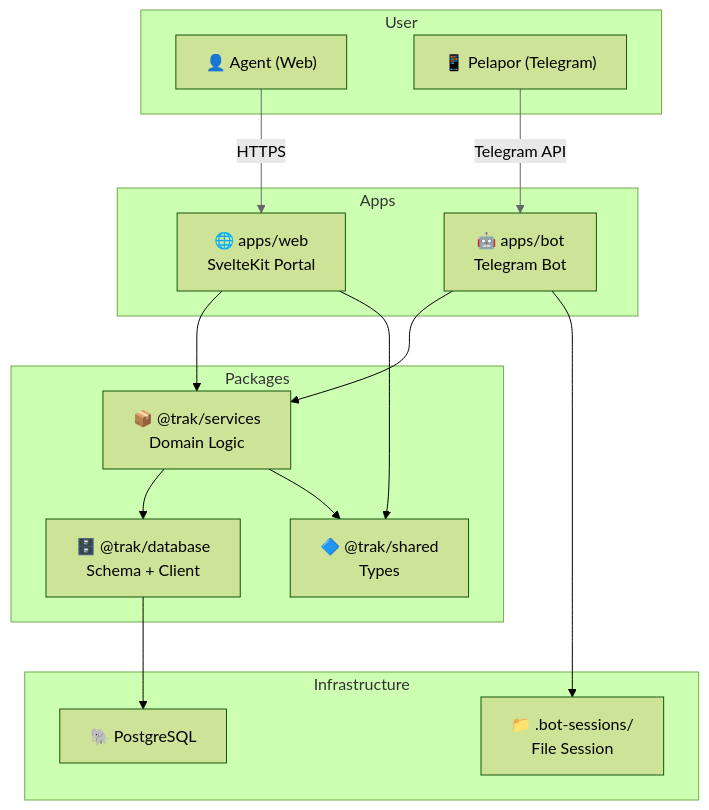
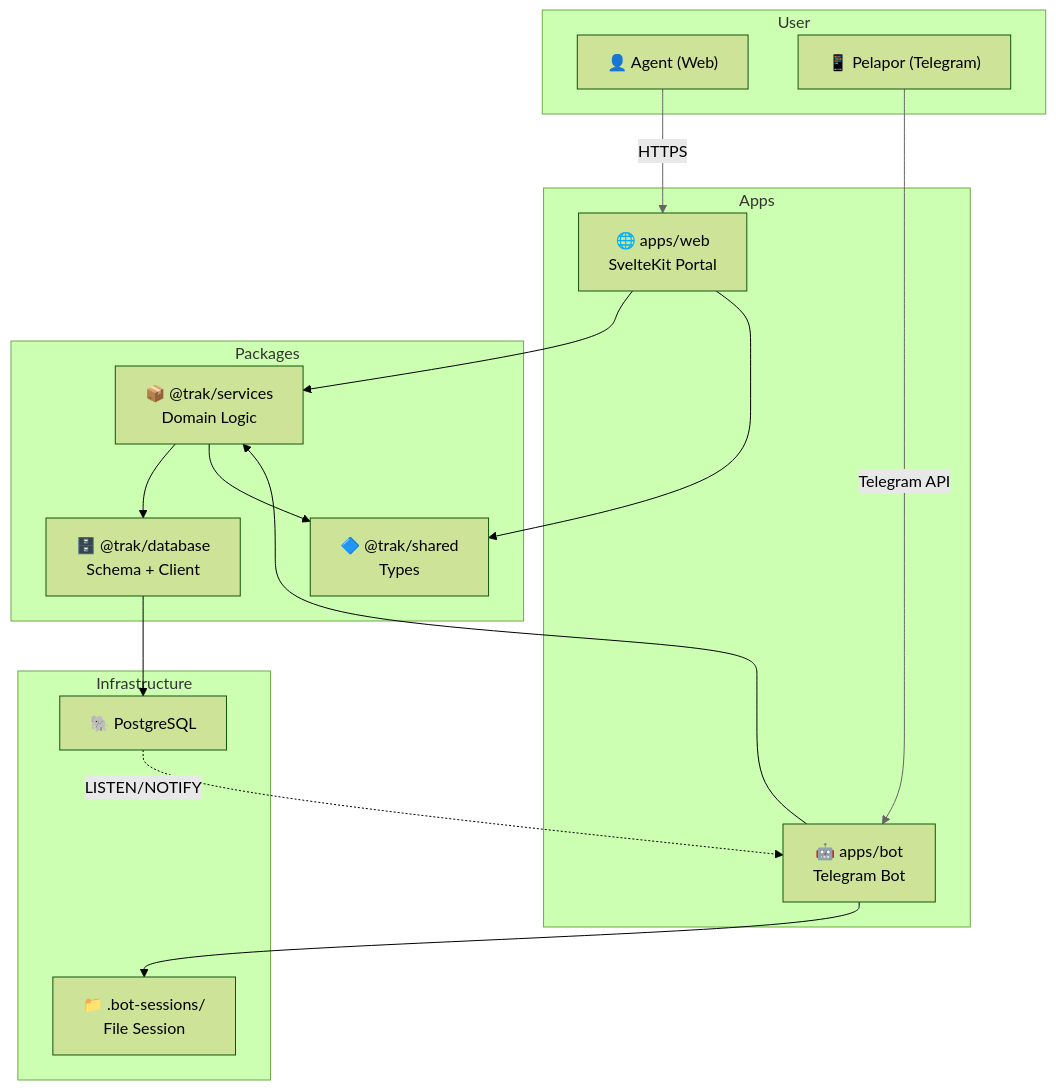
The first of 2 diagrams in README.md (masmuss/trak), drawn with Mermaid (forest theme) before and after one commit. The commit also changed other lines of this file, not shown here.

Commit message:
docs: update sequence diagram for event-driven notifications (LISTEN/NOTIFY)

````diff
--- a/README.md
+++ b/README.md
@@ -17,37 +17,39 @@
 ```mermaid
 graph TB
   subgraph User
     A["👤 Agent (Web)"]
     B["📱 Pelapor (Telegram)"]
   end
 
   subgraph Apps
     C["🌐 apps/web<br/>SvelteKit Portal"]
     D["🤖 apps/bot<br/>Telegram Bot"]
   end
 
   subgraph Packages
     E["📦 @trak/services<br/>Domain Logic"]
     F["🗄️ @trak/database<br/>Schema + Client"]
     G["🔷 @trak/shared<br/>Types"]
   end
 
   subgraph Infrastructure
     H["🐘 PostgreSQL"]
     I["📁 .bot-sessions/<br/>File Session"]
   end
 
   A -->|"HTTPS"| C
   B -->|"Telegram API"| D
 
   C --> E
   D --> E
   E --> F
   F --> H
   D --> I
 
   C --> G
   E --> G
 
+  H -.->|"LISTEN/NOTIFY"| D
+
   linkStyle 0,1 stroke:#666
 ```
````
